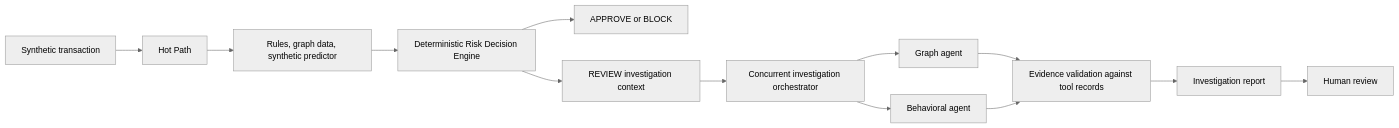
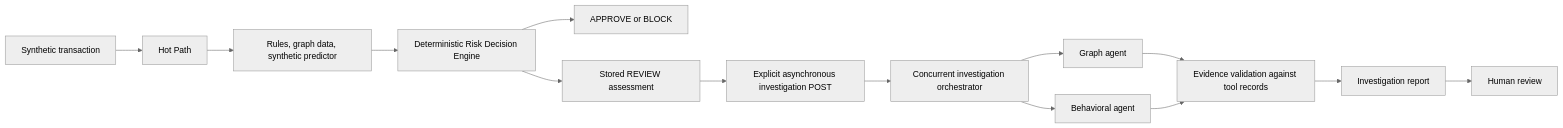
Before and after one commit to nakiviar/argus-fraud-intelligence: the diagram in docs/architecture.md, drawn with Mermaid (neutral theme). The commit also changed other lines of this file and 31 other files, not shown here.

Commit message:
feat(phase-05): implement concurrent multi-agent orchestration, evidence aggregation, and async investigation API

````diff
--- a/docs/architecture.md
+++ b/docs/architecture.md
@@ -25,15 +22,16 @@
 ```mermaid
 flowchart LR
     T[Synthetic transaction] --> H[Hot Path]
     H --> R[Rules, graph data, synthetic predictor]
     R --> D[Deterministic Risk Decision Engine]
     D --> O[APPROVE or BLOCK]
-    D --> C[REVIEW investigation context]
-    C --> F[Concurrent investigation orchestrator]
+    D --> C[Stored REVIEW assessment]
+    C --> I[Explicit asynchronous investigation POST]
+    I --> F[Concurrent investigation orchestrator]
     F --> G[Graph agent]
     F --> B[Behavioral agent]
     G --> V[Evidence validation against tool records]
     B --> V
     V --> P[Investigation report]
     P --> U[Human review]
 ```
````
